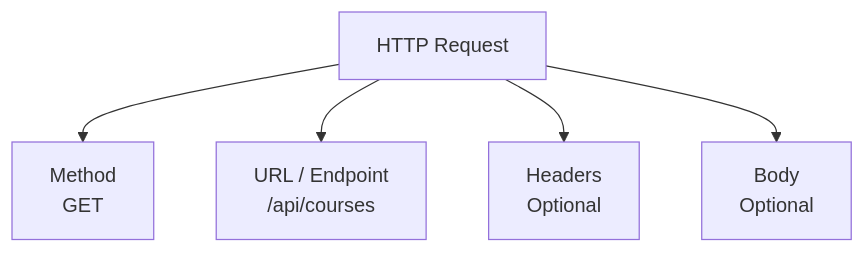
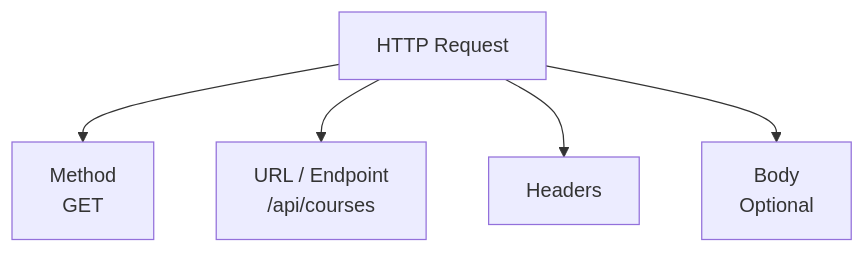
Before and after one commit to reltronersk/skill-wanderer-progress-documentation: the first of 5 diagrams in module-0-1/README.md, drawn with Mermaid.

````diff
--- a/module-0-1/README.md
+++ b/module-0-1/README.md
@@ -29,8 +29,8 @@
 ```mermaid
 flowchart TB
     A["HTTP Request"]
     A --> B["Method<br/>GET"]
     A --> C["URL / Endpoint<br/>/api/courses"]
-    A --> D["Headers<br/>Optional"]
+    A --> D["Headers"]
     A --> E["Body<br/>Optional"]
 ```
````
